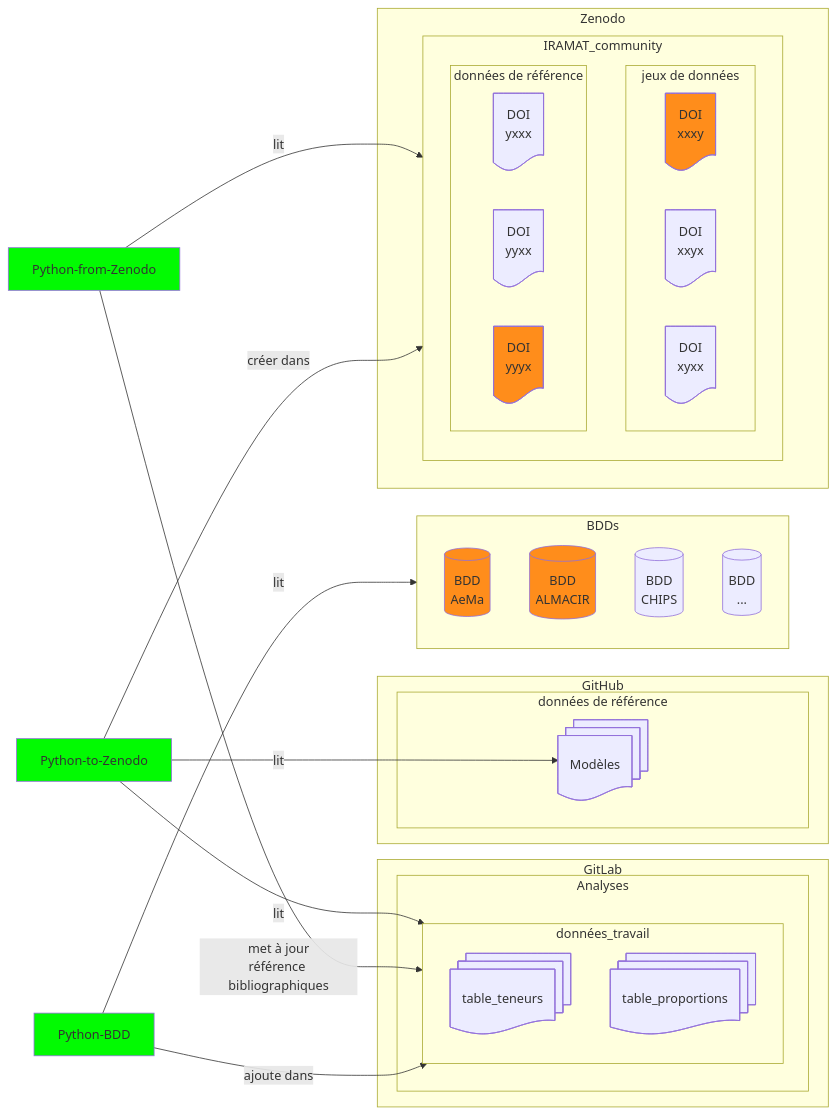
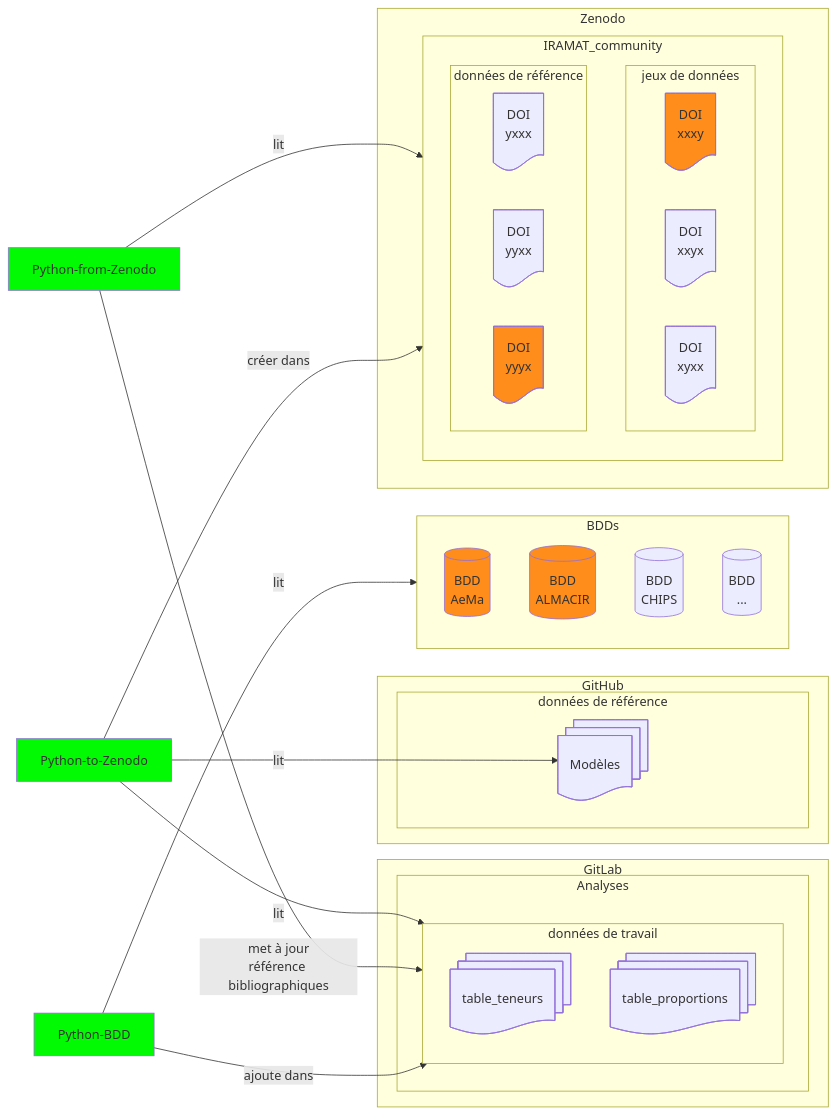
The first of 2 diagrams in dbs/README.md (iramat/iramat-dev), drawn with Mermaid before and after one commit.

````diff
--- a/dbs/README.md
+++ b/dbs/README.md
@@ -5,57 +5,58 @@
 ```mermaid
 flowchart LR
     subgraph GitLab
         subgraph Analyses
-            subgraph données_travail
+            subgraph données_travail[données de travail]
                 T1@{ shape: docs, label: "table_teneurs" }
                 T2@{ shape: docs, label: "table_proportions" }
             end
         end
     end
     subgraph GitHub
         subgraph données_référence[données de référence]
             Mod@{ shape: docs, label: "Modèles" }
         end
     end
     PDB@{ procs: docs, label: "Python-BDD" }
     P2Z@{ procs: docs, label: "Python-to-Zenodo" }
     PfZ@{ procs: docs, label: "Python-from-Zenodo" }
     subgraph BDDs
         B[(BDD<br>AeMa)]
         H[(BDD<br>ALMACIR)]
         C[(BDD<br>CHIPS)]
         D[(BDD<br>...)]
     end
     subgraph Zenodo
         subgraph IRAMAT_community
             subgraph jeux_de_données[jeux de données]
                 E@{ shape: doc, label: "DOI<br>xxxy" }
                 F@{ shape: doc, label: "DOI<br>xxyx" }
                 G@{ shape: doc, label: "DOI<br>xyxx" }
             end
             subgraph données_de_référence[données de référence]
                 dataref1@{ shape: doc, label: "DOI<br>yxxx" }
                 dataref2@{ shape: doc, label: "DOI<br>yyxx" }
                 dataref3@{ shape: doc, label: "DOI<br>yyyx" }
             end
         end
     end
     P2Z -- lit --> Mod;
     P2Z -- lit --> données_travail;
     PfZ -- met à jour<br>référence bibliographiques--> données_travail
     PDB -- lit --> BDDs;
     PDB -- ajoute dans --> données_travail;
     PfZ -- lit --> IRAMAT_community
     P2Z -- créer dans --> IRAMAT_community 
 
 
 click T1 "https://github.com/zoometh/iramat-test/tree/main/dbs#table_teneurs"
 click Mod "https://github.com/zoometh/iramat-test/tree/main/dbs#mod%C3%A8les"
+click données_de_référence "https://github.com/zoometh/iramat-test/tree/main/dbs#mod%C3%A8les"
 style PDB fill:#02fa02
 style P2Z fill:#02fa02
 style PfZ fill:#02fa02
 style B fill:#FF8D1B
 style H fill:#FF8D1B
 style E fill:#FF8D1B
 style dataref3 fill:#FF8D1B
 ```
````
